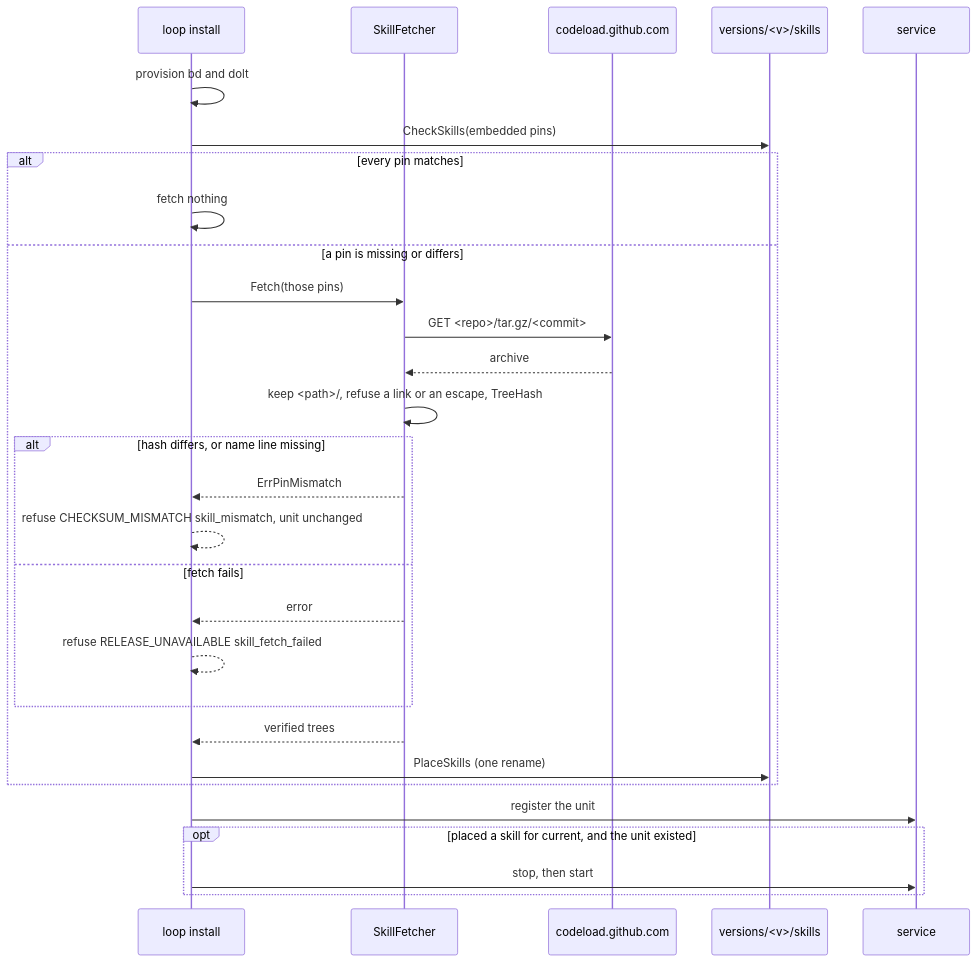
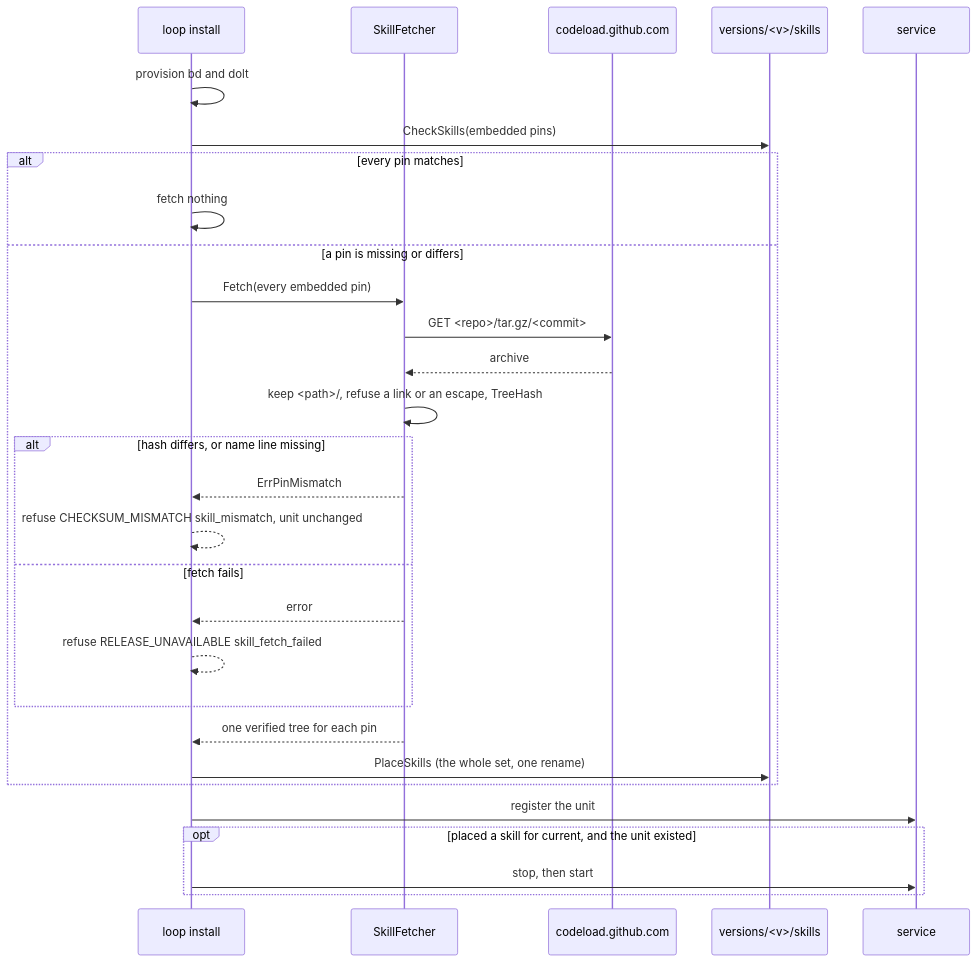
Before and after one commit to iantanwx/factory: the first of 3 diagrams in docs/plans/factorio-cd4-tickertown-skills-spec.md, drawn with Mermaid. The commit also changed other lines of this file, not shown here.

````diff
--- a/docs/plans/factorio-cd4-tickertown-skills-spec.md
+++ b/docs/plans/factorio-cd4-tickertown-skills-spec.md
@@ -368,31 +418,31 @@
 ```mermaid
 sequenceDiagram
     participant Op as loop install
     participant F as SkillFetcher
     participant GH as codeload.github.com
     participant FS as versions/<v>/skills
     participant Svc as service
     Op->>Op: provision bd and dolt
     Op->>FS: CheckSkills(embedded pins)
     alt every pin matches
         Op->>Op: fetch nothing
     else a pin is missing or differs
-        Op->>F: Fetch(those pins)
+        Op->>F: Fetch(every embedded pin)
         F->>GH: GET <repo>/tar.gz/<commit>
         GH-->>F: archive
         F->>F: keep <path>/, refuse a link or an escape, TreeHash
         alt hash differs, or name line missing
             F-->>Op: ErrPinMismatch
             Op-->>Op: refuse CHECKSUM_MISMATCH skill_mismatch, unit unchanged
         else fetch fails
             F-->>Op: error
             Op-->>Op: refuse RELEASE_UNAVAILABLE skill_fetch_failed
         end
-        F-->>Op: verified trees
-        Op->>FS: PlaceSkills (one rename)
+        F-->>Op: one verified tree for each pin
+        Op->>FS: PlaceSkills (the whole set, one rename)
     end
     Op->>Svc: register the unit
     opt placed a skill for current, and the unit existed
         Op->>Svc: stop, then start
     end
 ```
````
